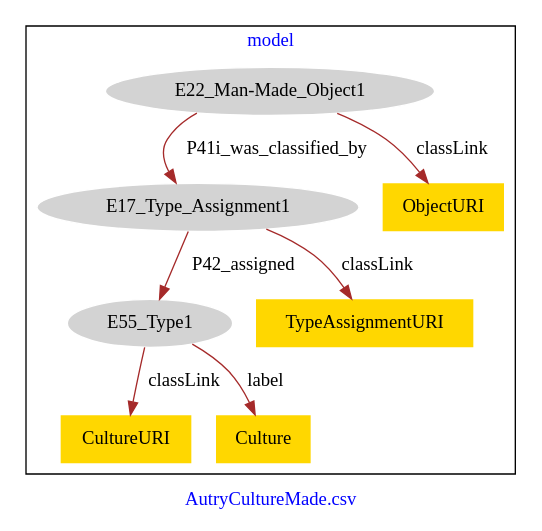
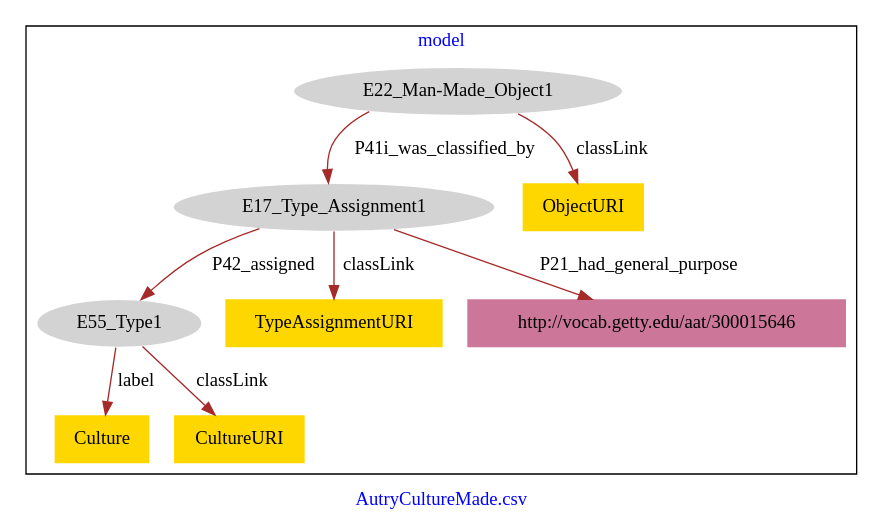
The diagram in AutryCultureMade/AutryCultureMade-model.dot (american-art/autry), drawn with Graphviz before and after one commit.

Commit message:
Update file AutryCultureMade-model.dot

```diff
--- a/AutryCultureMade/AutryCultureMade-model.dot
+++ b/AutryCultureMade/AutryCultureMade-model.dot
@@ -1,21 +1,23 @@
 digraph n0 {
 fontcolor="blue"
 remincross="true"
 label="AutryCultureMade.csv"
 subgraph cluster {
 label="model"
 n2[style="filled",color="white",fillcolor="lightgray",label="E17_Type_Assignment1"];
 n3[style="filled",color="white",fillcolor="lightgray",label="E55_Type1"];
 n4[style="filled",color="white",fillcolor="lightgray",label="E22_Man-Made_Object1"];
-n5[shape="plaintext",style="filled",fillcolor="gold",label="CultureURI"];
-n6[shape="plaintext",style="filled",fillcolor="gold",label="TypeAssignmentURI"];
+n5[shape="plaintext",style="filled",fillcolor="gold",label="TypeAssignmentURI"];
+n6[shape="plaintext",style="filled",fillcolor="gold",label="ObjectURI"];
 n7[shape="plaintext",style="filled",fillcolor="gold",label="Culture"];
-n8[shape="plaintext",style="filled",fillcolor="gold",label="ObjectURI"];
+n8[shape="plaintext",style="filled",fillcolor="gold",label="CultureURI"];
+n9[shape="plaintext",style="filled",fillcolor="#CC7799",label="http://vocab.getty.edu/aat/300015646"];
 }
 n2 -> n3[color="brown",fontcolor="black",label="P42_assigned"]
 n4 -> n2[color="brown",fontcolor="black",label="P41i_was_classified_by"]
-n3 -> n5[color="brown",fontcolor="black",label="classLink"]
-n2 -> n6[color="brown",fontcolor="black",label="classLink"]
+n2 -> n5[color="brown",fontcolor="black",label="classLink"]
+n4 -> n6[color="brown",fontcolor="black",label="classLink"]
 n3 -> n7[color="brown",fontcolor="black",label="label"]
-n4 -> n8[color="brown",fontcolor="black",label="classLink"]
+n3 -> n8[color="brown",fontcolor="black",label="classLink"]
+n2 -> n9[color="brown",fontcolor="black",label="P21_had_general_purpose"]
 }
```
